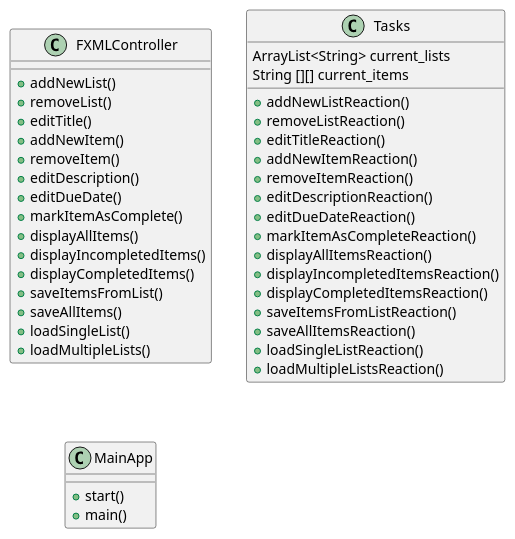
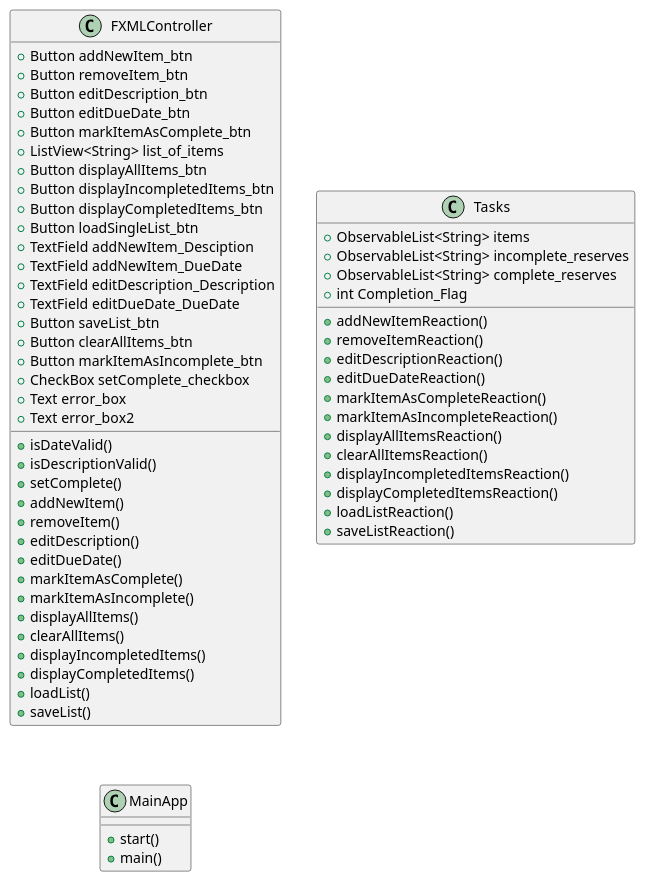
One commit to DanielRagusa12/ragusa-cop3330-assignment4part2 changed the diagram in uml/Class Diagram.puml. Above: the diagram before and after it, drawn with PlantUML. The commit also changed 10 other files, not shown here.

```diff
--- a/uml/Class Diagram.puml
+++ b/uml/Class Diagram.puml
@@ -1,52 +1,76 @@
 @startuml
 'https://plantuml.com/class-diagram
 
 class FXMLController
 {
-{method} +addNewList()
-{method} +removeList()
-{method} +editTitle()
+{field} +Button addNewItem_btn
+{field} +Button removeItem_btn
+{field} +Button editDescription_btn
+{field} +Button editDueDate_btn
+{field} +Button markItemAsComplete_btn
+{field} +ListView<String> list_of_items
+{field} +Button displayAllItems_btn
+{field} +Button displayIncompletedItems_btn
+{field} +Button displayCompletedItems_btn
+{field} +Button loadSingleList_btn
+{field} +TextField addNewItem_Desciption
+{field} +TextField addNewItem_DueDate
+{field} +TextField editDescription_Description
+{field} +TextField editDueDate_DueDate
+{field} +Button saveList_btn
+{field} +Button clearAllItems_btn
+{field} +Button markItemAsIncomplete_btn
+{field} +CheckBox setComplete_checkbox
+{field} +Text error_box
+{field} +Text error_box2
+
+
+{method} +isDateValid()
+{method} +isDescriptionValid()
+{method} +setComplete()
 {method} +addNewItem()
 {method} +removeItem()
 {method} +editDescription()
 {method} +editDueDate()
 {method} +markItemAsComplete()
+{method} +markItemAsIncomplete()
 {method} +displayAllItems()
+{method} +clearAllItems()
 {method} +displayIncompletedItems()
 {method} +displayCompletedItems()
-{method} +saveItemsFromList()
-{method} +saveAllItems()
-{method} +loadSingleList()
-{method} +loadMultipleLists()
+{method} +loadList()
+{method} +saveList()
 
 }
 
 
+
 class Tasks
 {
-{field} ArrayList<String> current_lists
-{field} String [][] current_items
-{method} +addNewListReaction()
-{method} +removeListReaction()
-{method} +editTitleReaction()
+{field} +ObservableList<String> items
+{field} +ObservableList<String> incomplete_reserves
+{field} +ObservableList<String> complete_reserves
+{field} +int Completion_Flag
+
 {method} +addNewItemReaction()
 {method} +removeItemReaction()
 {method} +editDescriptionReaction()
 {method} +editDueDateReaction()
 {method} +markItemAsCompleteReaction()
+{method} +markItemAsIncompleteReaction()
 {method} +displayAllItemsReaction()
+{method} +clearAllItemsReaction()
 {method} +displayIncompletedItemsReaction()
 {method} +displayCompletedItemsReaction()
-{method} +saveItemsFromListReaction()
-{method} +saveAllItemsReaction()
-{method} +loadSingleListReaction()
-{method} +loadMultipleListsReaction()
+{method} +loadListReaction()
+{method} +saveListReaction()
 }
 class MainApp
 {
 {method} +start()
 {method} +main()
 }
 
 
+
 @enduml
```
